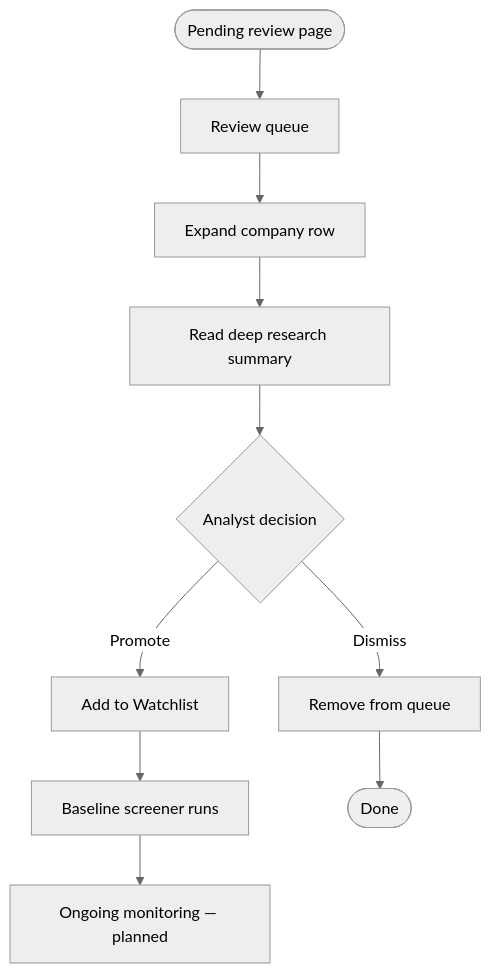
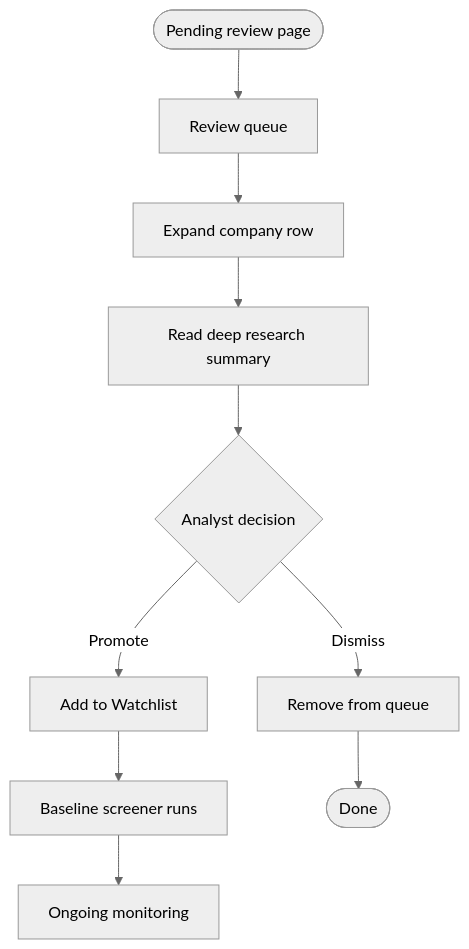
The fifth of 8 diagrams in docs/phase-1/P1-01-user.md (Growth-Maschine/NORAD-INTEL-ENGINE-V1), drawn with Mermaid (neutral theme) before and after one commit. The commit also changed other lines of this file and 9 other files, not shown here.

````diff
--- a/docs/phase-1/P1-01-user.md
+++ b/docs/phase-1/P1-01-user.md
@@ -618,12 +617,12 @@
 ```mermaid
 flowchart TD
     START([Pending review page]) --> LIST[Review queue]
     LIST --> EXPAND[Expand company row]
     EXPAND --> SUMMARY[Read deep research summary]
     SUMMARY --> DECIDE{Analyst decision}
     DECIDE -->|Promote| PROMOTE[Add to Watchlist]
     PROMOTE --> SCREENER[Baseline screener runs]
-    SCREENER --> WATCH[Ongoing monitoring — planned]
+    SCREENER --> WATCH[Ongoing monitoring]
     DECIDE -->|Dismiss| DISMISS[Remove from queue]
     DISMISS --> END([Done])
 ```
````
